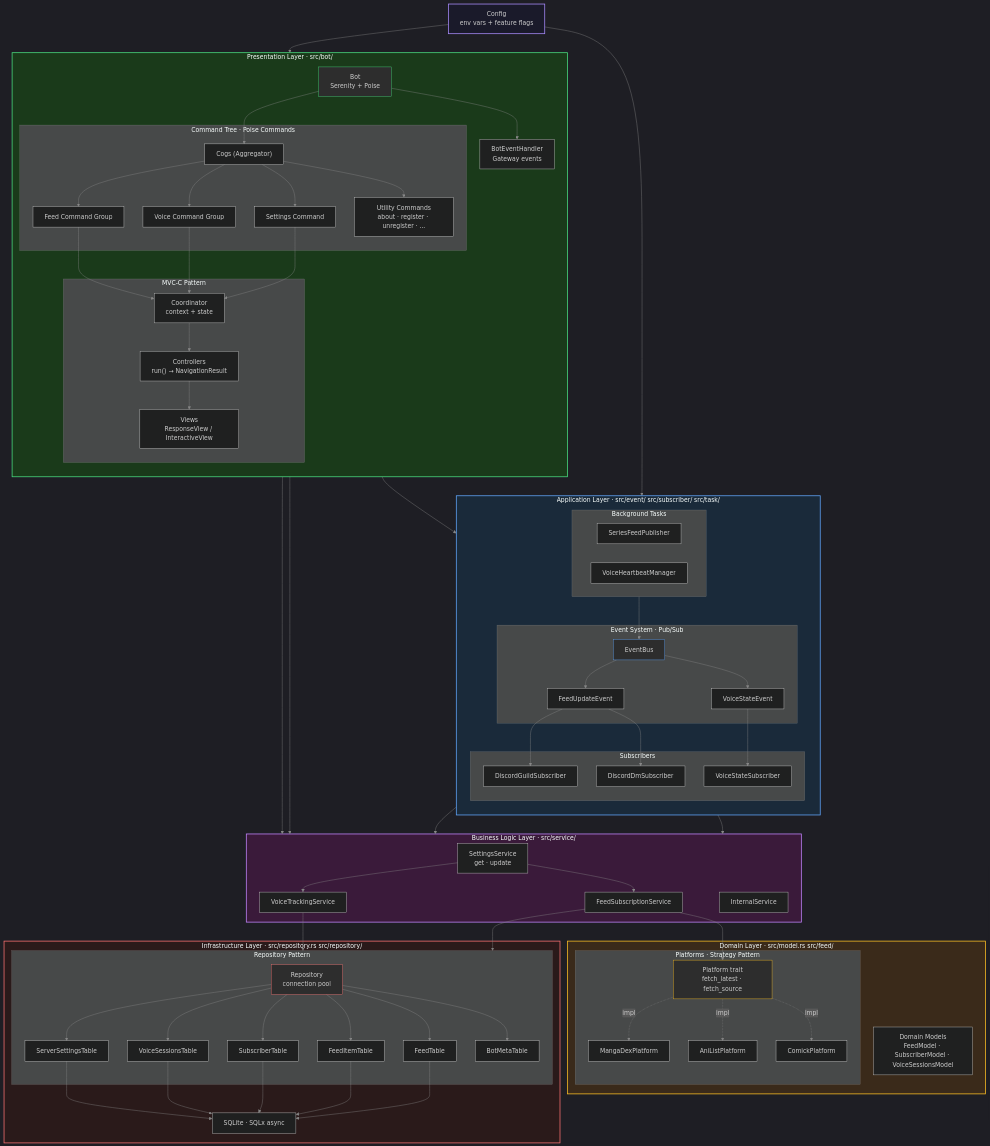
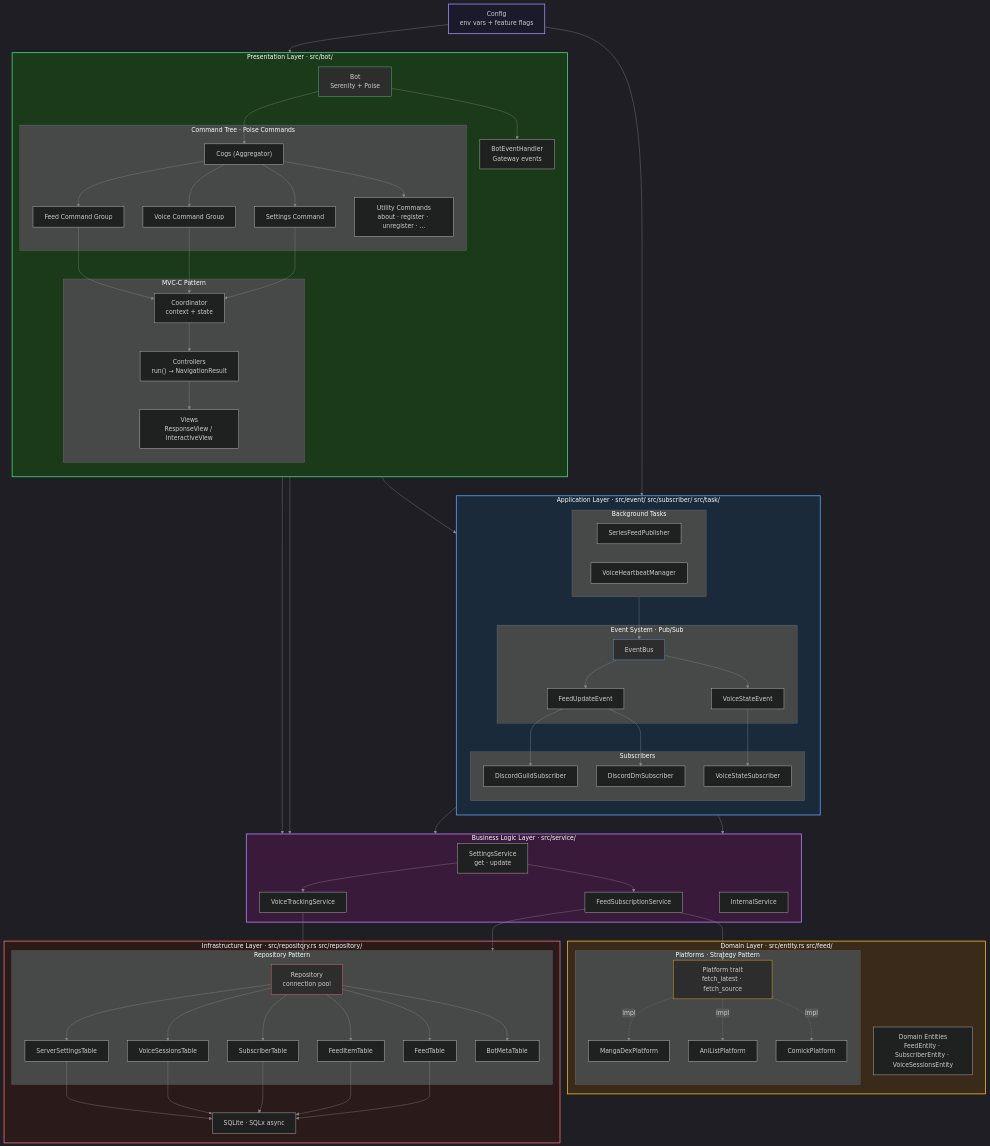
One commit to FAZuH/pwr-bot changed the diagram in docs/diagrams/architecture-layers.mmd. Above: the diagram before and after it, drawn with Mermaid. The commit also changed 31 other files, not shown here.

Commit message:
refactor: Rename model.rs to entity.rs [skip ci]

```diff
--- a/docs/diagrams/architecture-layers.mmd
+++ b/docs/diagrams/architecture-layers.mmd
@@ -1,119 +1,119 @@
 %%{init: {
   'theme': 'dark',
   'themeVariables': {
     'primaryColor': '#1e1e1e',
     'primaryTextColor': '#ffffff',
     'primaryBorderColor': '#ffffff',
     'lineColor': '#888888',
     'secondaryColor': '#2d2d2d',
     'tertiaryColor': '#1e1e1e'
   }
 }}%%
 graph TB
     subgraph Presentation["Presentation Layer  ·  src/bot/"]
         direction TB
         Bot["Bot<br/>Serenity + Poise"]
         EventHandler["BotEventHandler<br/>Gateway events"]
 
         subgraph Commands["Command Tree  ·  Poise Commands"]
             Cogs["Cogs (Aggregator)"]
             FeedCmd["Feed Command Group"]
             VoiceCmd["Voice Command Group"]
             SettingsCmd["Settings Command"]
             UtilityCmds["Utility Commands<br/>about · register · unregister · ..."]
             Cogs --> FeedCmd & VoiceCmd & SettingsCmd & UtilityCmds
         end
 
         subgraph MVC["MVC-C Pattern"]
             Coordinator["Coordinator<br/>context + state"]
             Controllers["Controllers<br/>run() → NavigationResult"]
             Views["Views<br/>ResponseView / InteractiveView"]
             Coordinator --> Controllers --> Views
         end
 
         Bot --> EventHandler & Cogs
         FeedCmd & VoiceCmd & SettingsCmd --> Coordinator
     end
 
     subgraph Application["Application Layer  ·  src/event/  src/subscriber/  src/task/"]
         direction TB
 
         subgraph EventSystem["Event System  ·  Pub/Sub"]
             EventBus["EventBus"]
             FeedEvent["FeedUpdateEvent"]
             VoiceEvent["VoiceStateEvent"]
             EventBus --> FeedEvent & VoiceEvent
         end
 
         subgraph Subscribers["Subscribers"]
             GuildSub["DiscordGuildSubscriber"]
             DmSub["DiscordDmSubscriber"]
             VoiceSub["VoiceStateSubscriber"]
         end
 
         subgraph Tasks["Background Tasks"]
             FeedPublisher["SeriesFeedPublisher"]
             VoiceHeartbeat["VoiceHeartbeatManager"]
         end
 
         FeedEvent --> GuildSub & DmSub
         VoiceEvent --> VoiceSub
         Tasks --> EventBus
     end
 
     subgraph BusinessLogic["Business Logic Layer  ·  src/service/"]
         SettingsService["SettingsService<br/>get · update"]
         FeedService["FeedSubscriptionService"]
         VoiceService["VoiceTrackingService"]
         InternalService["InternalService"]
         SettingsService --> FeedService & VoiceService
     end
 
-    subgraph Domain["Domain Layer  ·  src/model.rs  src/feed/"]
+    subgraph Domain["Domain Layer  ·  src/entity.rs  src/feed/"]
         subgraph Platforms["Platforms  ·  Strategy Pattern"]
             PlatformTrait["Platform trait<br/>fetch_latest · fetch_source"]
             MangaDex["MangaDexPlatform"]
             AniList["AniListPlatform"]
             Comick["ComickPlatform"]
             PlatformTrait -.->|impl| MangaDex & AniList & Comick
         end
-        Models["Domain Models<br/>FeedModel · SubscriberModel · VoiceSessionsModel"]
+        Entities["Domain Entities<br/>FeedEntity · SubscriberEntity · VoiceSessionsEntity"]
     end
 
     subgraph Infrastructure["Infrastructure Layer  ·  src/repository.rs  src/repository/"]
         subgraph Repository["Repository Pattern"]
             Repo["Repository<br/>connection pool"]
             FeedTable["FeedTable"]
             FeedItemTable["FeedItemTable"]
             SubscriberTable["SubscriberTable"]
             VoiceTable["VoiceSessionsTable"]
             SettingsTable["ServerSettingsTable"]
             BotMetaTable["BotMetaTable"]
             Repo --> FeedTable & FeedItemTable & SubscriberTable & VoiceTable & SettingsTable & BotMetaTable
         end
         SQLite["SQLite  ·  SQLx async"]
         FeedTable & FeedItemTable & SubscriberTable & VoiceTable & SettingsTable --> SQLite
     end
 
     Config["Config<br/>env vars + feature flags"]
 
     %% Cross-layer
     Controllers --> BusinessLogic
     Subscribers --> BusinessLogic
     Tasks --> BusinessLogic
     FeedService --> PlatformTrait
     FeedService & VoiceService --> Repository
     Bot --> BusinessLogic & EventBus
     Config --> Bot & Tasks
 
     style Presentation fill:#1a3a1a,stroke:#4ade80,stroke-width:2px
     style Application fill:#1a2a3a,stroke:#60a5fa,stroke-width:2px
     style BusinessLogic fill:#3a1a3a,stroke:#c084fc,stroke-width:2px
     style Domain fill:#3a2a1a,stroke:#fbbf24,stroke-width:2px
     style Infrastructure fill:#2a1a1a,stroke:#f87171,stroke-width:2px
     style Config fill:#1a1a2a,stroke:#a78bfa,stroke-width:2px
 
     style Bot fill:#2d2d2d,stroke:#4ade80
     style EventBus fill:#2d2d2d,stroke:#60a5fa
     style PlatformTrait fill:#2d2d2d,stroke:#fbbf24
     style Repo fill:#2d2d2d,stroke:#f87171
```
